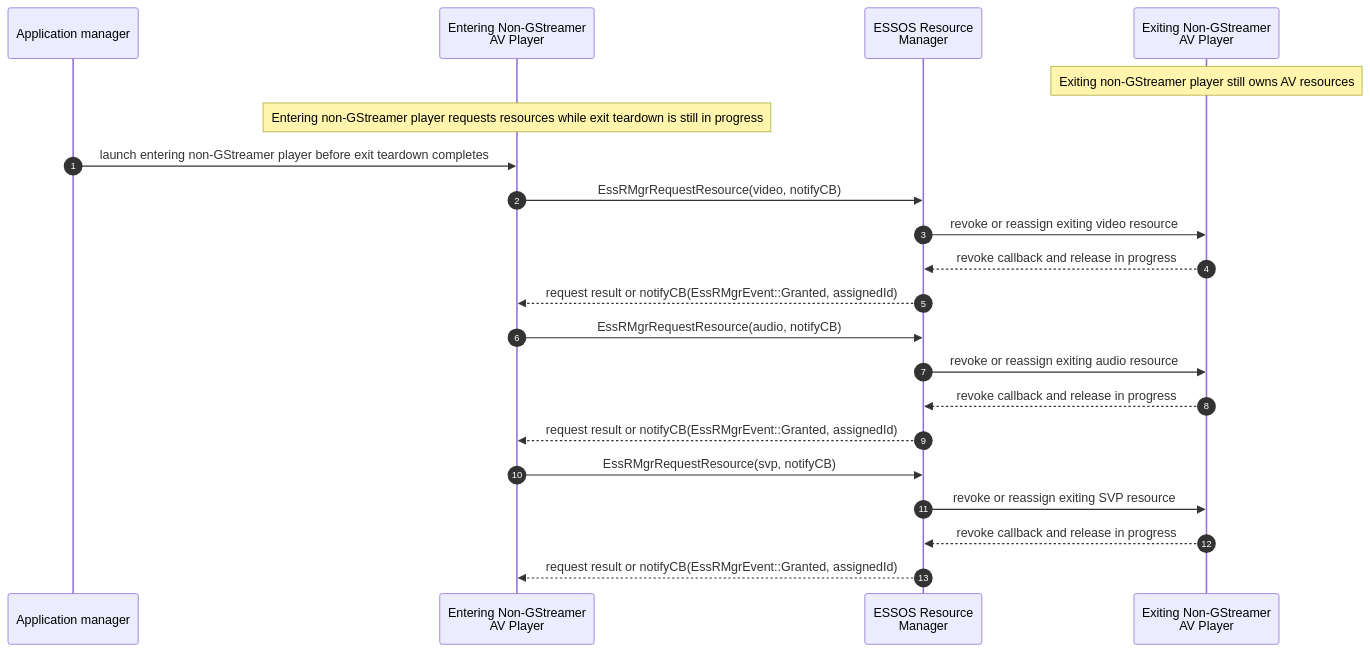
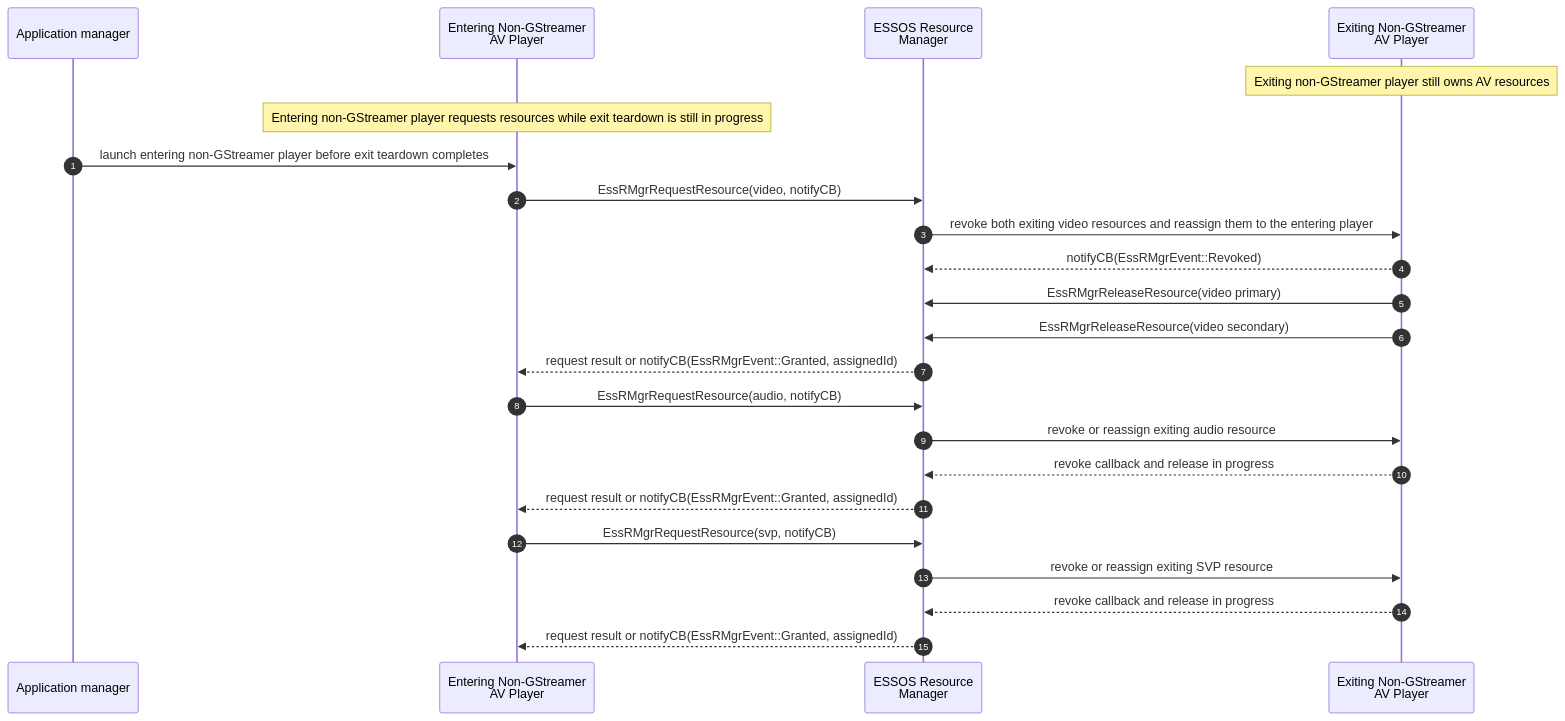
Before and after one commit to rdkcentral/rdk-hpk-documentation: the ninth of 9 diagrams in doc/SPECIFICATION-dual-decode-legacy-av-hal-extension.md, drawn with Mermaid. The commit also changed other lines of this file, not shown here.

Commit message:
gh47 enforce dual-video revoke in disorderly section 12 paths

````diff
--- a/doc/SPECIFICATION-dual-decode-legacy-av-hal-extension.md
+++ b/doc/SPECIFICATION-dual-decode-legacy-av-hal-extension.md
@@ -816,27 +822,29 @@
 ```mermaid
 sequenceDiagram
     autonumber
     participant AM as Application manager
     participant APP_NG_ENTER as Entering Non-GStreamer<br/>AV Player
     participant RM as ESSOS Resource<br/>Manager
     participant APP_NG_EXIT as Exiting Non-GStreamer<br/>AV Player
 
     Note over APP_NG_EXIT: Exiting non-GStreamer player still owns AV resources
     Note over APP_NG_ENTER: Entering non-GStreamer player requests resources while exit teardown is still in progress
 
     AM->>APP_NG_ENTER: launch entering non-GStreamer player before exit teardown completes
     APP_NG_ENTER->>RM: EssRMgrRequestResource(video, notifyCB)
-    RM->>APP_NG_EXIT: revoke or reassign exiting video resource
-    APP_NG_EXIT-->>RM: revoke callback and release in progress
+    RM->>APP_NG_EXIT: revoke both exiting video resources and reassign them to the entering player
+    APP_NG_EXIT-->>RM: notifyCB(EssRMgrEvent::Revoked)
+    APP_NG_EXIT->>RM: EssRMgrReleaseResource(video primary)
+    APP_NG_EXIT->>RM: EssRMgrReleaseResource(video secondary)
     RM-->>APP_NG_ENTER: request result or notifyCB(EssRMgrEvent::Granted, assignedId)
 
     APP_NG_ENTER->>RM: EssRMgrRequestResource(audio, notifyCB)
     RM->>APP_NG_EXIT: revoke or reassign exiting audio resource
     APP_NG_EXIT-->>RM: revoke callback and release in progress
     RM-->>APP_NG_ENTER: request result or notifyCB(EssRMgrEvent::Granted, assignedId)
 
     APP_NG_ENTER->>RM: EssRMgrRequestResource(svp, notifyCB)
     RM->>APP_NG_EXIT: revoke or reassign exiting SVP resource
     APP_NG_EXIT-->>RM: revoke callback and release in progress
     RM-->>APP_NG_ENTER: request result or notifyCB(EssRMgrEvent::Granted, assignedId)
 ```
````
